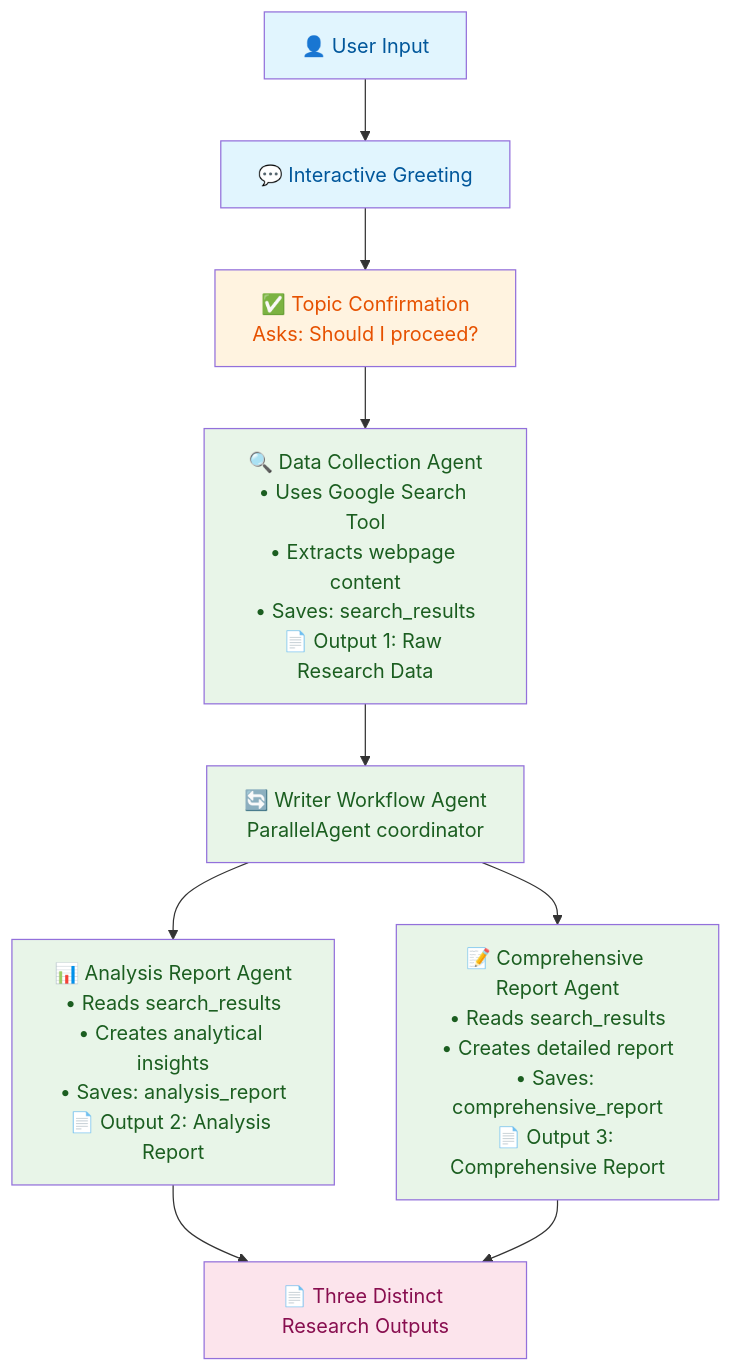
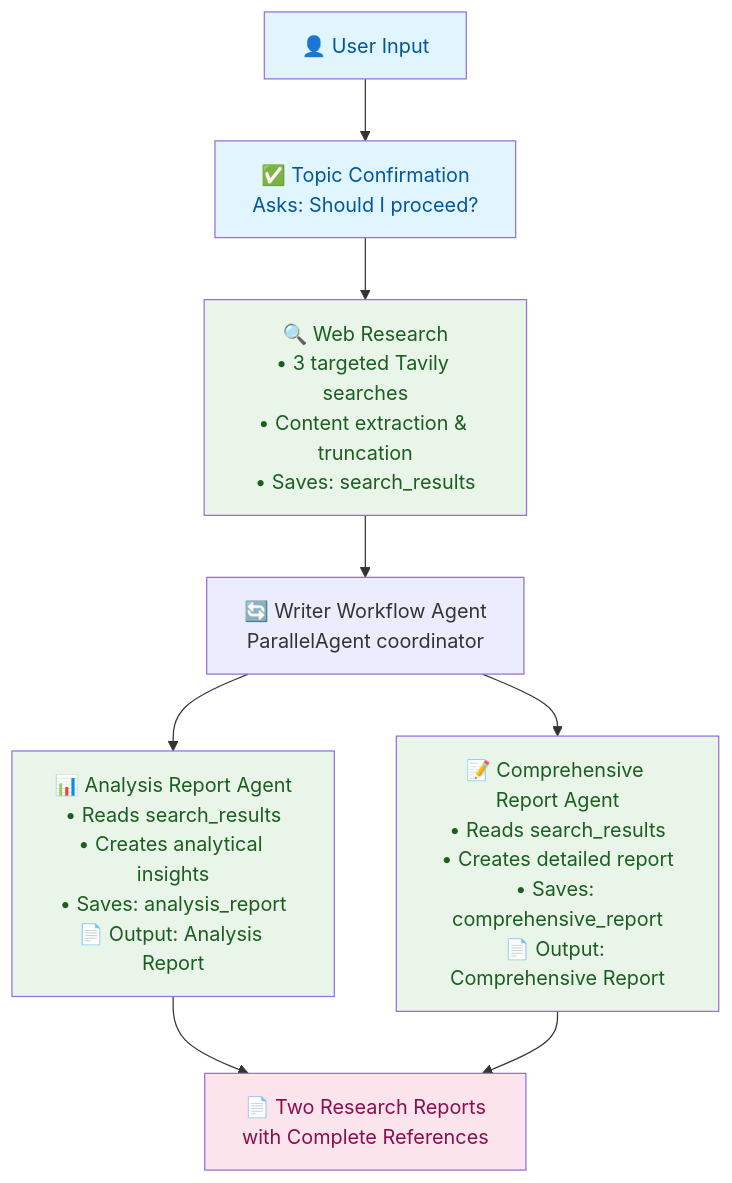
The diagram in agents/research-assistant/README.md (IQAIcom/adk-ts-samples), drawn with Mermaid before and after one commit. The commit also changed other lines of this file and 16 other files, not shown here.

First line of the commit message:
Refactor AI Research Assistant: Integrate Tavily API for web research, remove data collection agent, and enhance report generation workflow

````diff
--- a/agents/research-assistant/README.md
+++ b/agents/research-assistant/README.md
@@ -63,31 +58,26 @@
 ```mermaid
 graph TB
     %% User Interaction
-    User[👤 User Input] --> Greeting[💬 Interactive Greeting]
+    User[👤 User Input] --> Confirm[✅ Topic Confirmation<br/>Asks: Should I proceed?]
 
-    %% Topic Confirmation
-    Greeting --> Confirm[✅ Topic Confirmation<br/>Asks: Should I proceed?]
+    %% Research Process
+    Confirm --> Search[🔍 Web Research<br/>• 3 targeted Tavily searches<br/>• Content extraction & truncation<br/>• Saves: search_results]
 
-    %% Sequential Data Collection → Parallel Report Generation
-    Confirm --> DataAgent[🔍 Data Collection Agent<br/>• Uses Google Search Tool<br/>• Extracts webpage content<br/>• Saves: search_results<br/>📄 Output 1: Raw Research Data]
+    Search --> WriterWorkflow[🔄 Writer Workflow Agent<br/>ParallelAgent coordinator]
+    
+    WriterWorkflow --> AnalysisAgent[📊 Analysis Report Agent<br/>• Reads search_results<br/>• Creates analytical insights<br/>• Saves: analysis_report<br/>📄 Output: Analysis Report]
+    
+    WriterWorkflow --> ReportAgent[📝 Comprehensive Report Agent<br/>• Reads search_results<br/>• Creates detailed report<br/>• Saves: comprehensive_report<br/>📄 Output: Comprehensive Report]
 
-    DataAgent --> WriterWorkflow[🔄 Writer Workflow Agent<br/>ParallelAgent coordinator]
-    
-    WriterWorkflow --> AnalysisAgent[📊 Analysis Report Agent<br/>• Reads search_results<br/>• Creates analytical insights<br/>• Saves: analysis_report<br/>📄 Output 2: Analysis Report]
-    
-    WriterWorkflow --> ReportAgent[📝 Comprehensive Report Agent<br/>• Reads search_results<br/>• Creates detailed report<br/>• Saves: comprehensive_report<br/>📄 Output 3: Comprehensive Report]
-
-    AnalysisAgent --> Output[📄 Three Distinct Research Outputs]
+    AnalysisAgent --> Output[📄 Two Research Reports<br/>with Complete References]
     ReportAgent --> Output
 
     %% Styling
     classDef userLayer fill:#e1f5fe,color:#01579b
-    classDef confirmLayer fill:#fff3e0,color:#e65100
     classDef agentLayer fill:#e8f5e8,color:#1b5e20
     classDef outputLayer fill:#fce4ec,color:#880e4f
 
-    class User,Greeting userLayer
-    class Confirm confirmLayer
-    class DataAgent,WriterWorkflow,AnalysisAgent,ReportAgent agentLayer
+    class User,Confirm userLayer
+    class Search,ResearchAgent,AnalysisAgent,ReportAgent agentLayer
     class Output outputLayer
 ```
````
